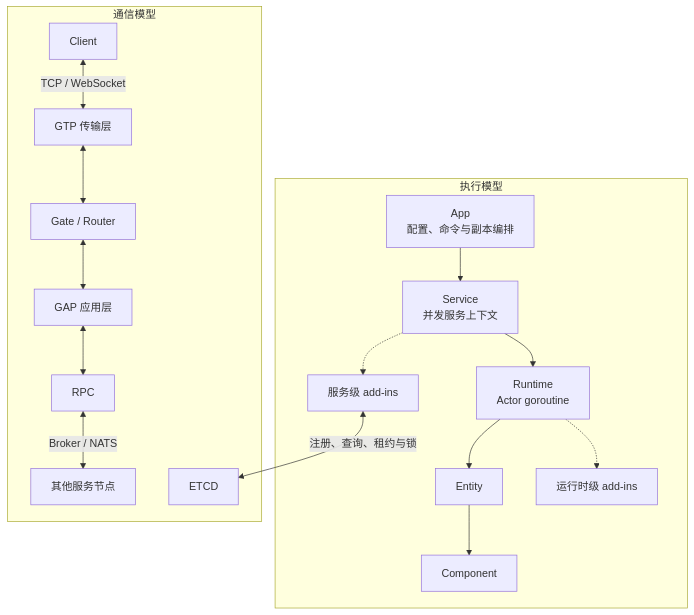
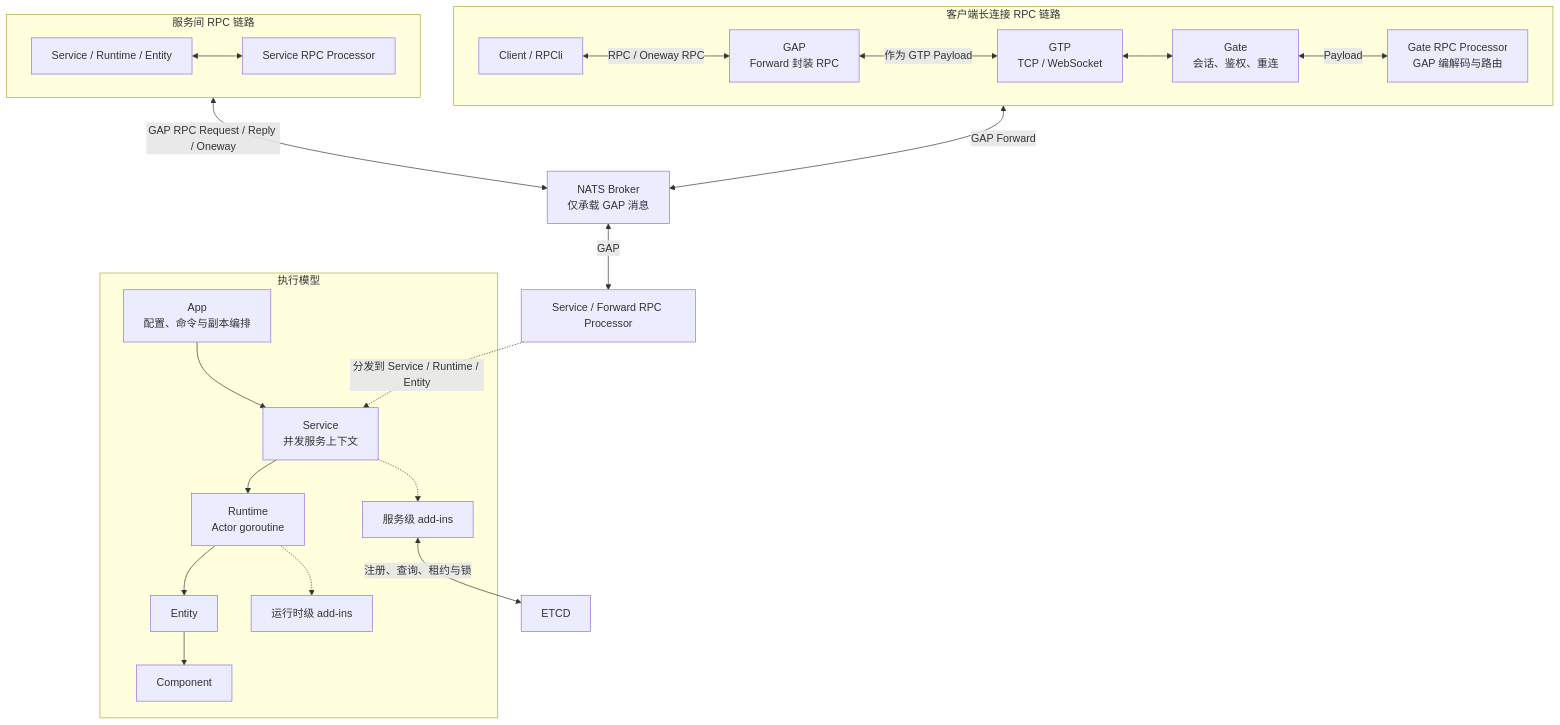
Before and after one commit to pangdogs/framework: the first of 2 diagrams in README.zh_CN.md, drawn with Mermaid. The commit also changed other lines of this file and 1 other file, not shown here.

Commit message:
整理代码

````diff
--- a/README.zh_CN.md
+++ b/README.zh_CN.md
@@ -51,20 +51,30 @@
 ```mermaid
 flowchart TB
     subgraph Execution[执行模型]
         App[App<br/>配置、命令与副本编排] --> Service[Service<br/>并发服务上下文]
         Service --> Runtime[Runtime<br/>Actor goroutine]
         Runtime --> Entity[Entity]
         Entity --> Component[Component]
         Service -.-> ServiceAddins[服务级 add-ins]
         Runtime -.-> RuntimeAddins[运行时级 add-ins]
     end
 
-    subgraph Communication[通信模型]
-        Client[Client] <-->|TCP / WebSocket| GTP[GTP 传输层]
-        GTP <--> Gate[Gate / Router]
-        Gate <--> GAP[GAP 应用层]
-        GAP <--> RPC[RPC]
-        RPC <-->|Broker / NATS| Peer[其他服务节点]
-        ServiceAddins <-->|注册、查询、租约与锁| ETCD[ETCD]
+    subgraph ClientPath[客户端长连接 RPC 链路]
+        direction LR
+        ClientRPC[Client / RPCli] <-->|RPC / Oneway RPC| ClientGAP[GAP<br/>Forward 封装 RPC]
+        ClientGAP <-->|作为 GTP Payload| GTPLink[GTP<br/>TCP / WebSocket]
+        GTPLink <--> GateNode[Gate<br/>会话、鉴权、重连]
+        GateNode <-->|Payload| GateProcessor[Gate RPC Processor<br/>GAP 编解码与路由]
     end
+
+    subgraph InternalPath[服务间 RPC 链路]
+        direction LR
+        ServiceCaller[Service / Runtime / Entity] <--> ServiceProcessor[Service RPC Processor]
+    end
+
+    GateProcessor <-->|GAP Forward| NatsBus[NATS Broker<br/>仅承载 GAP 消息]
+    ServiceProcessor <-->|GAP RPC Request / Reply / Oneway| NatsBus
+    NatsBus <-->|GAP| TargetProcessor[Service / Forward RPC Processor]
+    TargetProcessor -.->|分发到 Service / Runtime / Entity| Service
+    ServiceAddins <-->|注册、查询、租约与锁| ETCD[ETCD]
 ```
````
